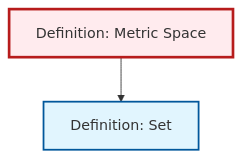
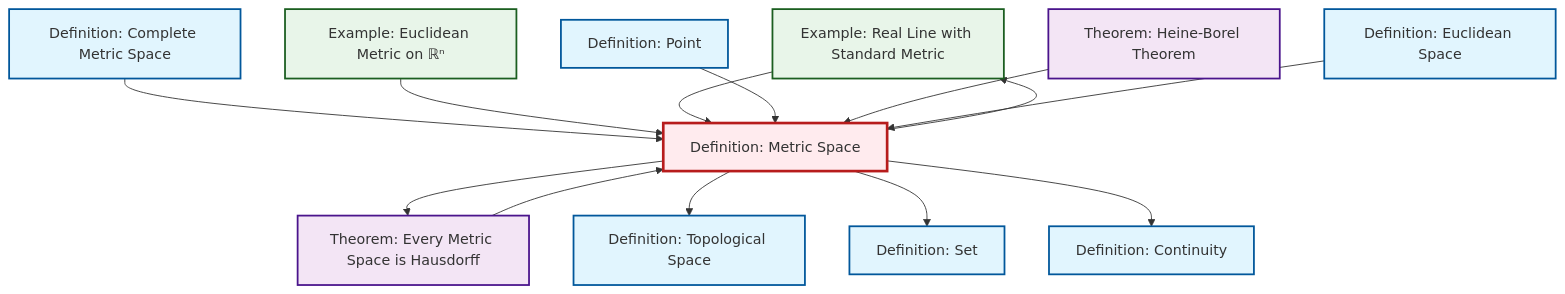
Before and after one commit to RK0429/ModernMath: the diagram in content/en/geometry/def-metric-space.qmd, drawn with Mermaid. The commit also changed other lines of this file and 203 other files, not shown here.

````diff
--- a/content/en/geometry/def-metric-space.qmd
+++ b/content/en/geometry/def-metric-space.qmd
@@ -55,15 +55,33 @@
 ```{mermaid}
 %%| fig-cap: "Local dependency graph"
 graph TD
     classDef definition fill:#e1f5fe,stroke:#01579b,stroke-width:2px
     classDef theorem fill:#f3e5f5,stroke:#4a148c,stroke-width:2px
     classDef axiom fill:#fff3e0,stroke:#e65100,stroke-width:2px
     classDef example fill:#e8f5e9,stroke:#1b5e20,stroke-width:2px
     classDef current fill:#ffebee,stroke:#b71c1c,stroke-width:3px
+    def-continuity["Definition: Continuity"]:::definition
+    def-topological-space["Definition: Topological Space"]:::definition
+    def-set["Definition: Set"]:::definition
+    ex-real-line-metric["Example: Real Line with Standard Metric"]:::example
+    thm-metric-hausdorff["Theorem: Every Metric Space is Hausdorff"]:::theorem
+    def-complete-metric-space["Definition: Complete Metric Space"]:::definition
     def-metric-space["Definition: Metric Space"]:::definition
-    def-set["Definition: Set"]:::definition
+    ex-euclidean-metric["Example: Euclidean Metric on ℝⁿ"]:::example
+    def-euclidean-space["Definition: Euclidean Space"]:::definition
+    def-point["Definition: Point"]:::definition
+    thm-heine-borel["Theorem: Heine-Borel Theorem"]:::theorem
+    def-complete-metric-space --> def-metric-space
+    def-metric-space --> ex-real-line-metric
+    ex-euclidean-metric --> def-metric-space
+    ex-real-line-metric --> def-metric-space
+    def-point --> def-metric-space
+    def-metric-space --> thm-metric-hausdorff
+    thm-heine-borel --> def-metric-space
+    thm-metric-hausdorff --> def-metric-space
+    def-metric-space --> def-topological-space
     def-metric-space --> def-set
+    def-metric-space --> def-continuity
+    def-euclidean-space --> def-metric-space
     class def-metric-space current
-
-    click def-set "def-set.html" "Go to Set definition"
 ```
````
